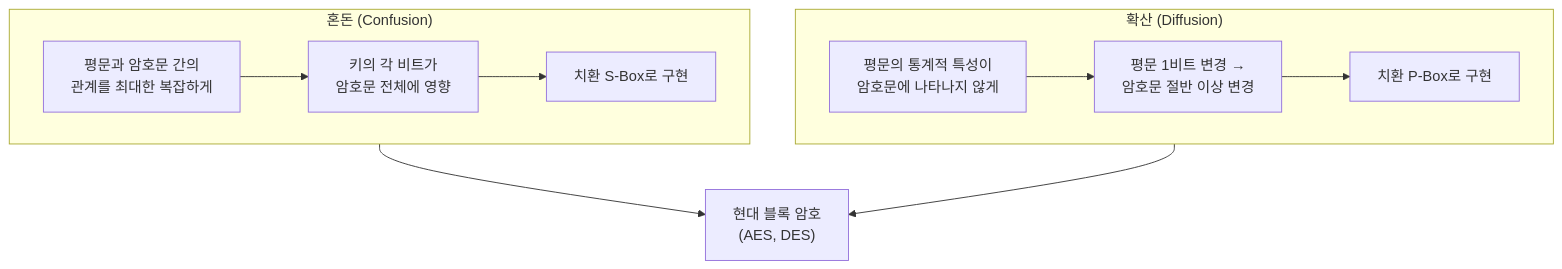
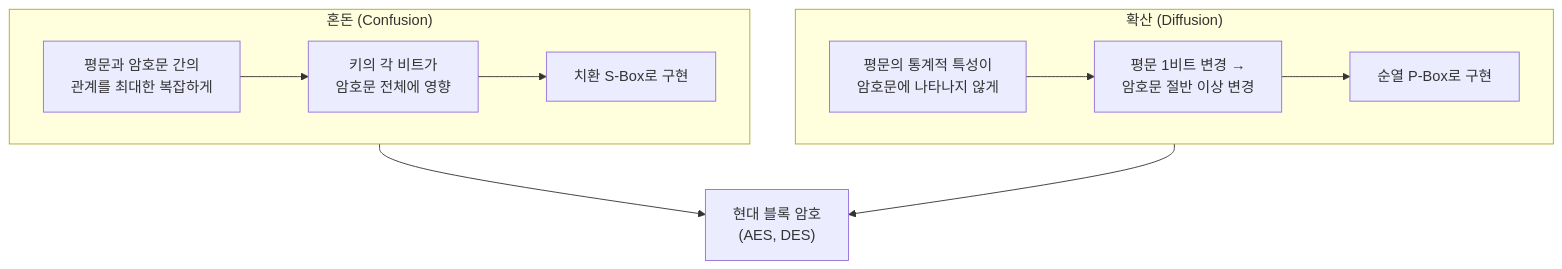
Before and after one commit to gukin-han/knou-lecture-pipeline: the sixth of 12 diagrams in examples/컴퓨터보안/KNOU255800120261002e.md, drawn with Mermaid. The commit also changed other lines of this file, not shown here.

````diff
--- a/examples/컴퓨터보안/KNOU255800120261002e.md
+++ b/examples/컴퓨터보안/KNOU255800120261002e.md
@@ -226,19 +226,19 @@
 ```mermaid
 flowchart TD
     subgraph CONFUSION["혼돈 (Confusion)"]
         C1["평문과 암호문 간의<br>관계를 최대한 복잡하게"]
         C2["키의 각 비트가<br>암호문 전체에 영향"]
         C3["치환 S-Box로 구현"]
         C1 --> C2 --> C3
     end
 
     subgraph DIFFUSION["확산 (Diffusion)"]
         D1["평문의 통계적 특성이<br>암호문에 나타나지 않게"]
         D2["평문 1비트 변경 →<br>암호문 절반 이상 변경"]
-        D3["치환 P-Box로 구현"]
+        D3["순열 P-Box로 구현"]
         D1 --> D2 --> D3
     end
 
     CONFUSION --> AES["현대 블록 암호<br>(AES, DES)"]
     DIFFUSION --> AES
 ```
````
